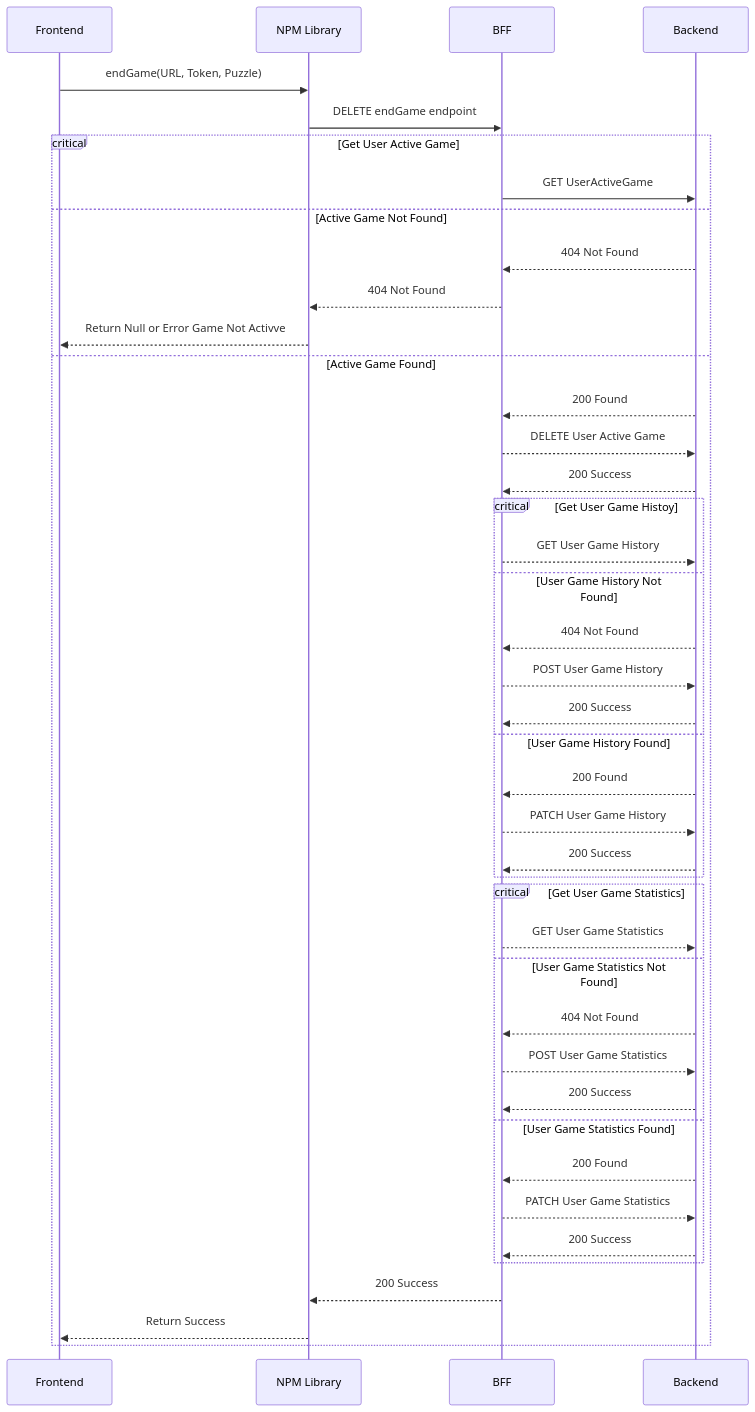
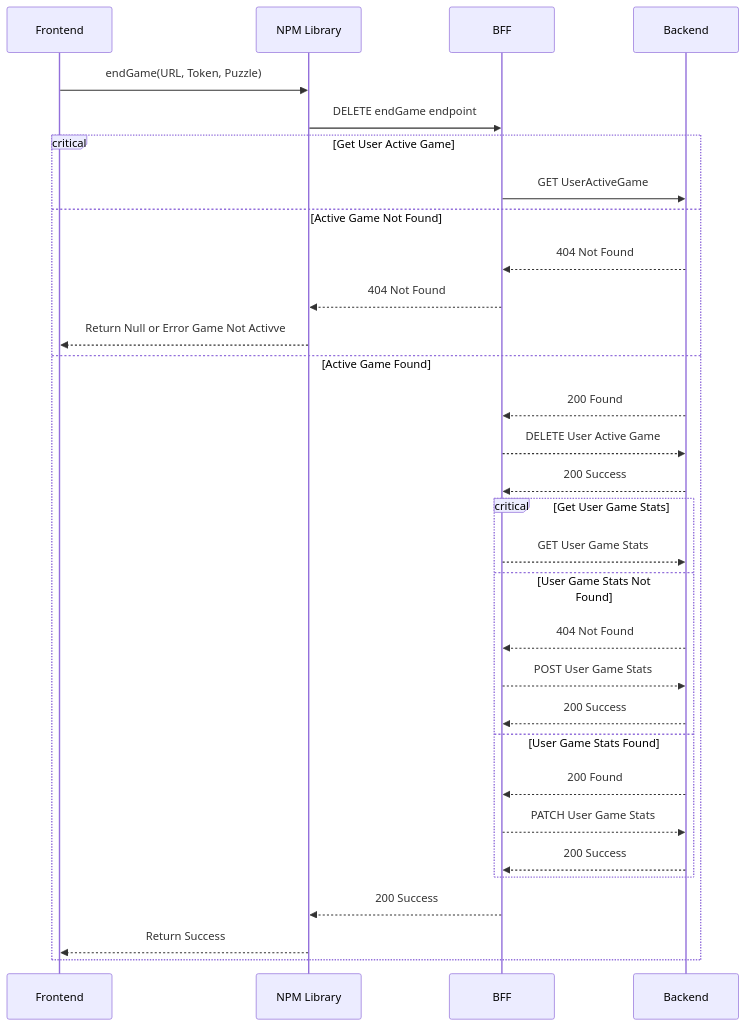
The third of 3 diagrams in Documentation/Diagrams/SequenceDiagram.md (Sudokuru/Puzzle), drawn with Mermaid before and after one commit. The commit also changed 3 other files, not shown here.

Commit message:
Condensing game history and game stats into one mongo object. adding notes to saved move history.

````diff
--- a/Documentation/Diagrams/SequenceDiagram.md
+++ b/Documentation/Diagrams/SequenceDiagram.md
@@ -68,50 +68,38 @@
 ```mermaid
 sequenceDiagram
     participant Frontend
     participant NPM Library
     participant BFF
     participant Backend
 
     #endGame
     Frontend->>NPM Library: endGame(URL, Token, Puzzle)
     NPM Library->>BFF: DELETE endGame endpoint
 
     critical Get User Active Game
         BFF->>Backend: GET UserActiveGame
     option Active Game Not Found
         Backend-->>BFF: 404 Not Found
         BFF-->>NPM Library: 404 Not Found
         NPM Library-->>Frontend: Return Null or Error Game Not Activve
     option Active Game Found
         Backend-->>BFF: 200 Found
         BFF-->>Backend: DELETE User Active Game
         Backend-->>BFF: 200 Success
 
-        critical Get User Game Histoy
-            BFF-->>Backend: GET User Game History
-        option User Game History Not Found
+        critical Get User Game Stats
+            BFF-->>Backend: GET User Game Stats
+        option User Game Stats Not Found
             Backend-->>BFF: 404 Not Found
-            BFF-->>Backend: POST User Game History
+            BFF-->>Backend: POST User Game Stats
             Backend-->>BFF: 200 Success
-        option User Game History Found
+        option User Game Stats Found
             Backend-->>BFF: 200 Found
-            BFF-->>Backend: PATCH User Game History
-            Backend-->>BFF: 200 Success
-        end
-
-        critical Get User Game Statistics
-            BFF-->>Backend: GET User Game Statistics
-        option User Game Statistics Not Found
-            Backend-->>BFF: 404 Not Found
-            BFF-->>Backend: POST User Game Statistics
-            Backend-->>BFF: 200 Success
-        option User Game Statistics Found
-            Backend-->>BFF: 200 Found
-            BFF-->>Backend: PATCH User Game Statistics
+            BFF-->>Backend: PATCH User Game Stats
             Backend-->>BFF: 200 Success
         end
 
         BFF-->>NPM Library: 200 Success
         NPM Library-->>Frontend: Return Success
     end
 ```
````
